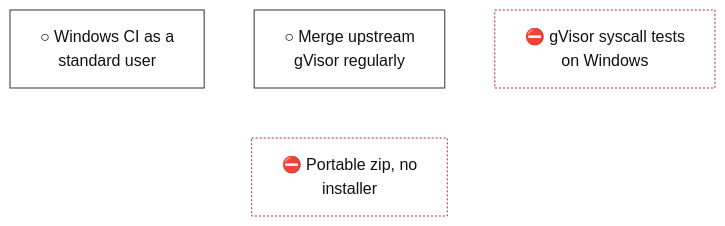
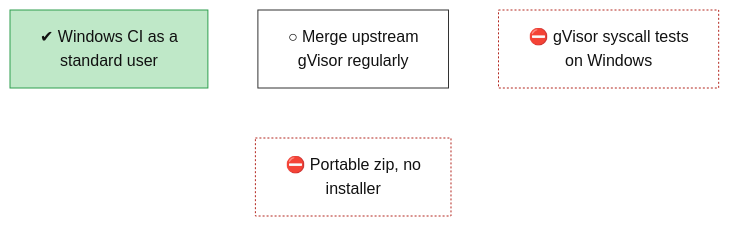
The diagram in docs/roadmap/tracks/ops.md (lhns/gvisor-windows), drawn with Mermaid before and after one commit. The commit also changed other lines of this file and 6 other files, not shown here.

Commit message:
Record the Windows network result (2), ADR 0014, roadmap nodes

````diff
--- a/docs/roadmap/tracks/ops.md
+++ b/docs/roadmap/tracks/ops.md
@@ -10,26 +10,27 @@
 ```mermaid
 flowchart TB
-    ops_windows_ci_standard_user["○ Windows CI as a<br/>standard user"]
+    ops_windows_ci_standard_user["✔ Windows CI as a<br/>standard user"]
     ops_upstream_merges["○ Merge upstream<br/>gVisor regularly"]
     ops_syscall_tests_on_windows["⛔ gVisor syscall tests<br/>on Windows"]
     ops_portable_packaging["⛔ Portable zip, no<br/>installer"]
     ops_windows_ci_standard_user ~~~ ops_portable_packaging
     ops_upstream_merges ~~~ ops_portable_packaging
     ops_syscall_tests_on_windows ~~~ ops_portable_packaging
     classDef vsucc fill:#2e9e4f,stroke:#1b6b34,color:#fff
     classDef succ fill:#bfe8c8,stroke:#2e9e4f,color:#111
     classDef mixed fill:#ffd37a,stroke:#c98a00,color:#111
     classDef bad fill:#f28b82,stroke:#b3261e,color:#111
     classDef dead fill:#e6e6e6,stroke:#777,stroke-dasharray:5 5,color:#555
     classDef inprog fill:#a8cdf5,stroke:#1f6fc5,color:#111
     classDef next fill:#fff,stroke:#333,color:#111
     classDef blocked fill:#fff,stroke:#b3261e,stroke-dasharray:2 2,color:#111
     classDef parked fill:#f3f3f3,stroke:#999,color:#555
     classDef unrated fill:#fff,stroke:#333,stroke-dasharray:1 3,color:#111
     classDef gate fill:#d9c2f0,stroke:#7b3fb5,color:#111
     classDef decided fill:#ece0f7,stroke:#7b3fb5,stroke-dasharray:2 2,color:#111
     classDef finding fill:#ffe0b2,stroke:#d84315,stroke-width:2px,color:#111
     classDef waiting fill:#e3f2fd,stroke:#1f6fc5,stroke-dasharray:5 5,color:#111
-    class ops_windows_ci_standard_user,ops_upstream_merges next
+    class ops_windows_ci_standard_user succ
+    class ops_upstream_merges next
     class ops_syscall_tests_on_windows,ops_portable_packaging blocked
 ```
````
